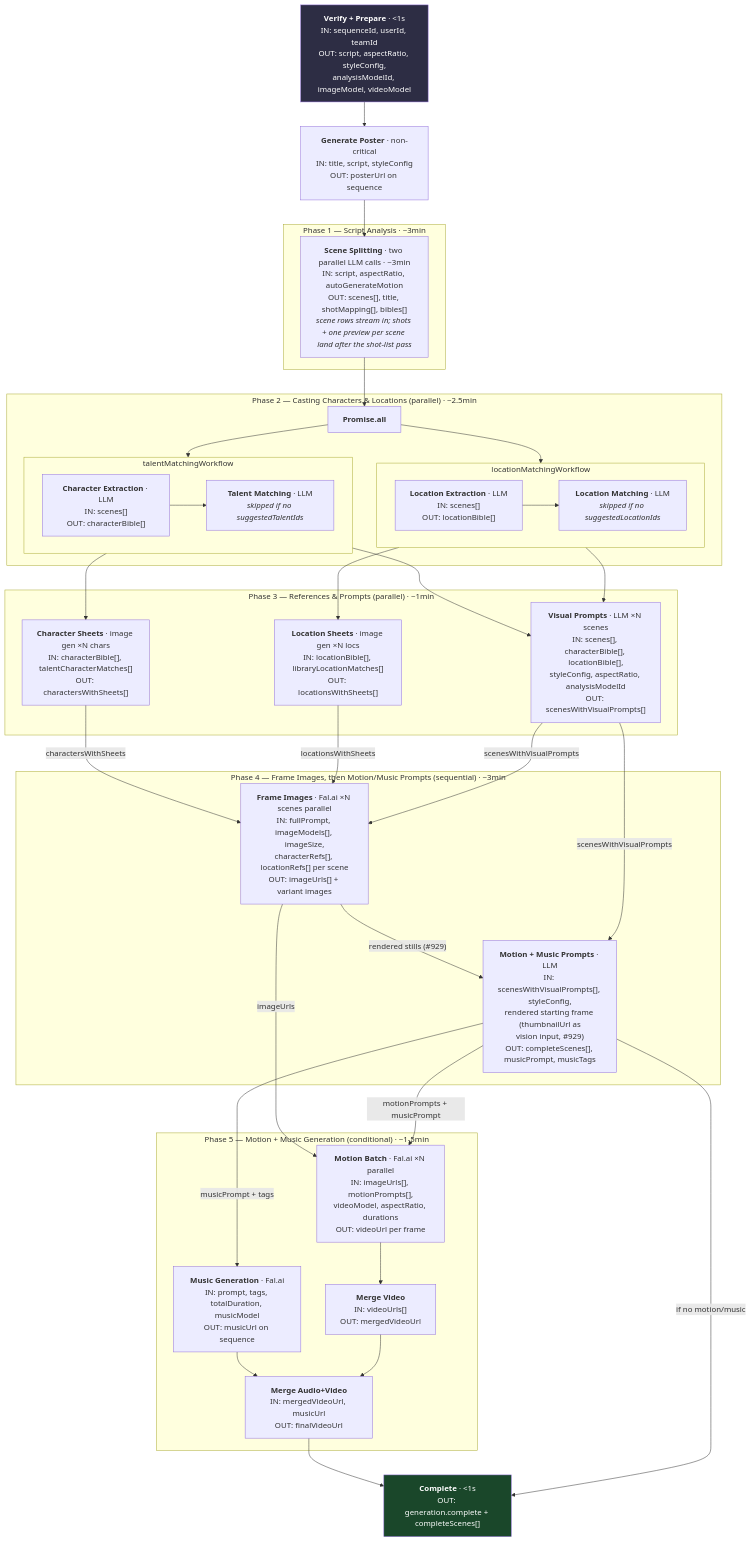
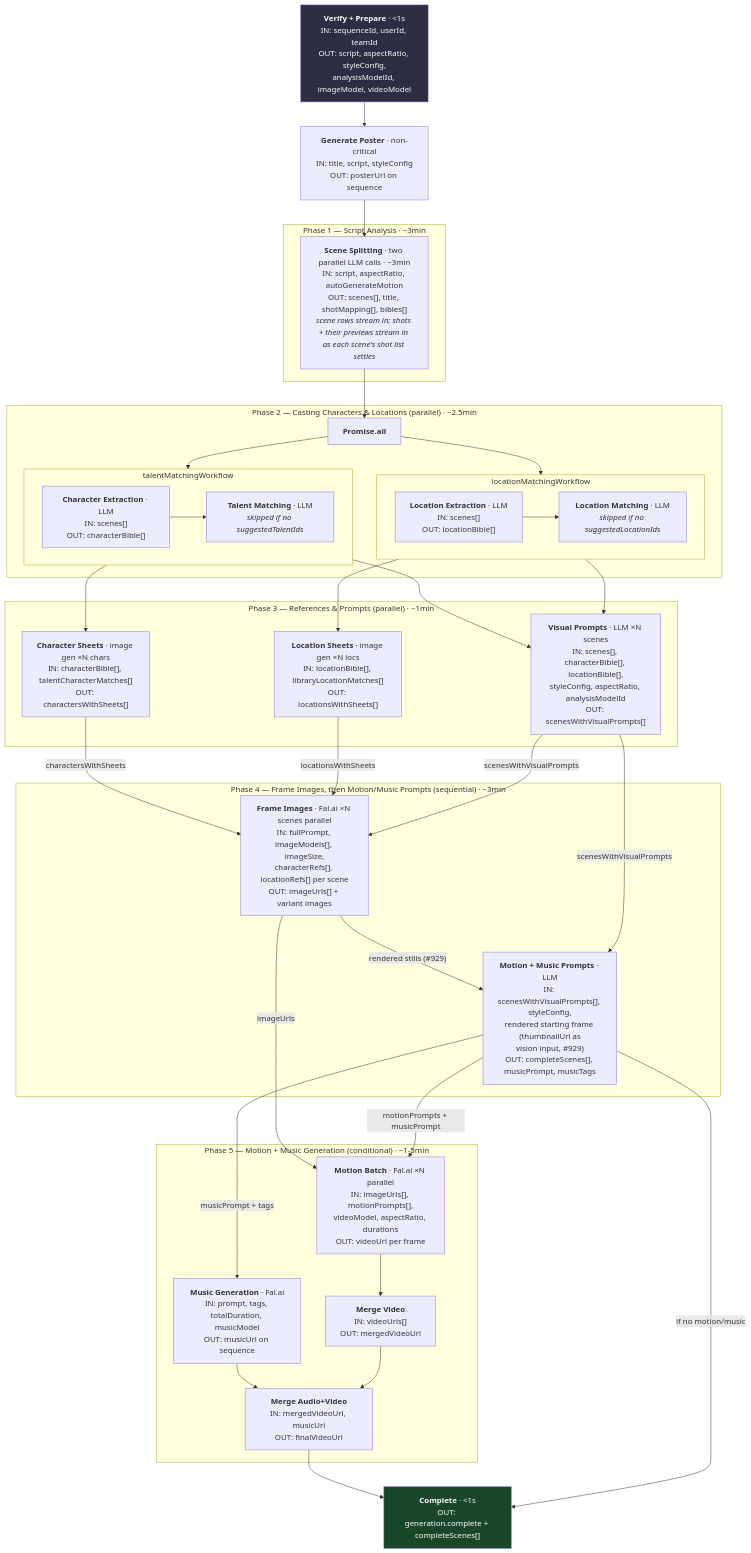
The first of 7 diagrams in docs/developer-guide/workflow.md (openstory-so/openstory), drawn with Mermaid before and after one commit. The commit also changed other lines of this file and 29 other files, not shown here.

First line of the commit message:
feat(#1593): stream shot lists per scene, per-shot previews on R2, shot budget floor

````diff
--- a/docs/developer-guide/workflow.md
+++ b/docs/developer-guide/workflow.md
@@ -12,72 +12,72 @@
 ```mermaid
 flowchart TD
     Verify["<b>Verify + Prepare</b> · <1s<br/>IN: sequenceId, userId, teamId<br/>OUT: script, aspectRatio, styleConfig,<br/>analysisModelId, imageModel, videoModel"] --> Poster
     Poster["<b>Generate Poster</b> · non-critical<br/>IN: title, script, styleConfig<br/>OUT: posterUrl on sequence"] --> SceneSplit
 
     subgraph "Phase 1 — Script Analysis · ~3min"
-        SceneSplit["<b>Scene Splitting</b> · two parallel LLM calls · ~3min<br/>IN: script, aspectRatio, autoGenerateMotion<br/>OUT: scenes[], title, shotMapping[], bibles[]<br/><i>scene rows stream in; shots + one preview per scene land after the shot-list pass</i>"]
+        SceneSplit["<b>Scene Splitting</b> · two parallel LLM calls · ~3min<br/>IN: script, aspectRatio, autoGenerateMotion<br/>OUT: scenes[], title, shotMapping[], bibles[]<br/><i>scene rows stream in; shots + their previews stream in as each scene's shot list settles</i>"]
     end
 
     SceneSplit --> P2
 
     subgraph "Phase 2 — Casting Characters & Locations (parallel) · ~2.5min"
         P2["<b>Promise.all</b>"]
         P2 --> TalentSub
         P2 --> LocationSub
 
         subgraph TalentSub["talentMatchingWorkflow"]
             CharExtract["<b>Character Extraction</b> · LLM<br/>IN: scenes[]<br/>OUT: characterBible[]"]
             TalentMatch["<b>Talent Matching</b> · LLM<br/><i>skipped if no suggestedTalentIds</i>"]
             CharExtract --> TalentMatch
         end
 
         subgraph LocationSub["locationMatchingWorkflow"]
             LocExtract["<b>Location Extraction</b> · LLM<br/>IN: scenes[]<br/>OUT: locationBible[]"]
             LocMatch["<b>Location Matching</b> · LLM<br/><i>skipped if no suggestedLocationIds</i>"]
             LocExtract --> LocMatch
         end
     end
 
     subgraph "Phase 3 — References & Prompts (parallel) · ~1min"
         CharSheets["<b>Character Sheets</b> · image gen ×N chars<br/>IN: characterBible[], talentCharacterMatches[]<br/>OUT: charactersWithSheets[]"]
         LocSheets["<b>Location Sheets</b> · image gen ×N locs<br/>IN: locationBible[], libraryLocationMatches[]<br/>OUT: locationsWithSheets[]"]
         VisualPrompts["<b>Visual Prompts</b> · LLM ×N scenes<br/>IN: scenes[], characterBible[], locationBible[],<br/>styleConfig, aspectRatio, analysisModelId<br/>OUT: scenesWithVisualPrompts[]"]
     end
 
     TalentSub --> CharSheets
     TalentSub --> VisualPrompts
     LocationSub --> LocSheets
     LocationSub --> VisualPrompts
 
     subgraph "Phase 4 — Frame Images, then Motion/Music Prompts (sequential) · ~3min"
         ImageGen["<b>Frame Images</b> · Fal.ai ×N scenes parallel<br/>IN: fullPrompt, imageModels[], imageSize,<br/>characterRefs[], locationRefs[] per scene<br/>OUT: imageUrls[] + variant images"]
         MotionMusicPrompts["<b>Motion + Music Prompts</b> · LLM<br/>IN: scenesWithVisualPrompts[], styleConfig,<br/>rendered starting frame (thumbnailUrl as<br/>vision input, #929)<br/>OUT: completeScenes[], musicPrompt, musicTags"]
     end
 
     CharSheets -->|"charactersWithSheets"| ImageGen
     LocSheets -->|"locationsWithSheets"| ImageGen
     VisualPrompts -->|"scenesWithVisualPrompts"| ImageGen
     ImageGen -->|"rendered stills (#929)"| MotionMusicPrompts
     VisualPrompts -->|"scenesWithVisualPrompts"| MotionMusicPrompts
 
     subgraph "Phase 5 — Motion + Music Generation (conditional) · ~1-5min"
         MotionBatch["<b>Motion Batch</b> · Fal.ai ×N parallel<br/>IN: imageUrls[], motionPrompts[],<br/>videoModel, aspectRatio, durations<br/>OUT: videoUrl per frame"]
         MusicGen["<b>Music Generation</b> · Fal.ai<br/>IN: prompt, tags, totalDuration, musicModel<br/>OUT: musicUrl on sequence"]
         MergeVideo["<b>Merge Video</b><br/>IN: videoUrls[]<br/>OUT: mergedVideoUrl"]
         MergeAudioVideo["<b>Merge Audio+Video</b><br/>IN: mergedVideoUrl, musicUrl<br/>OUT: finalVideoUrl"]
         MotionBatch --> MergeVideo
         MusicGen --> MergeAudioVideo
         MergeVideo --> MergeAudioVideo
     end
 
     ImageGen -->|"imageUrls"| MotionBatch
     MotionMusicPrompts -->|"motionPrompts + musicPrompt"| MotionBatch
     MotionMusicPrompts -->|"musicPrompt + tags"| MusicGen
 
     MergeAudioVideo --> Done
     MotionMusicPrompts -->|"if no motion/music"| Done
     Done["<b>Complete</b> · <1s<br/>OUT: generation.complete + completeScenes[]"]
 
     style Verify fill:#2d2d44,color:#fff
     style Done fill:#1a472a,color:#fff
 ```
````
